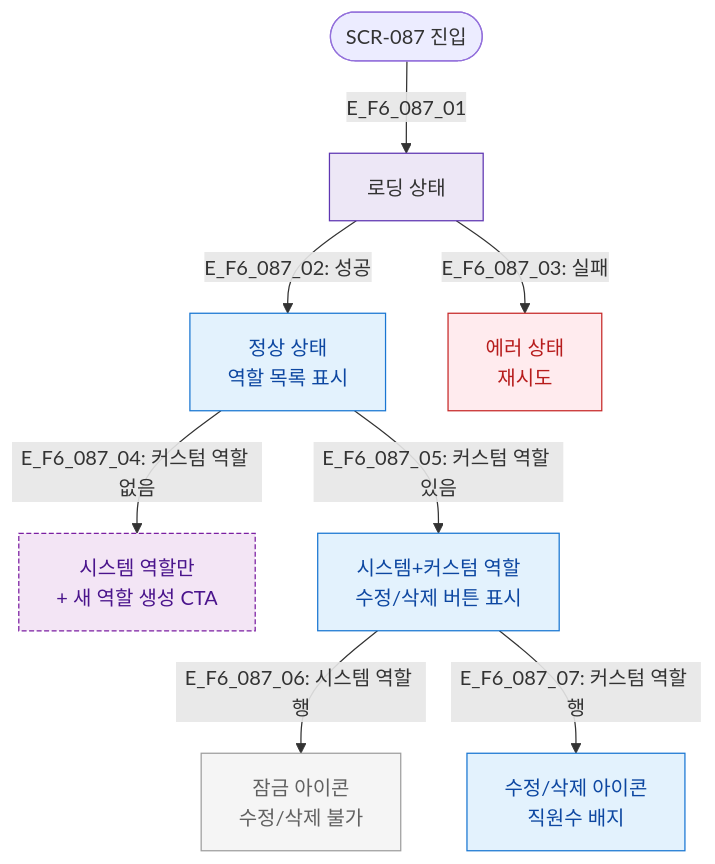
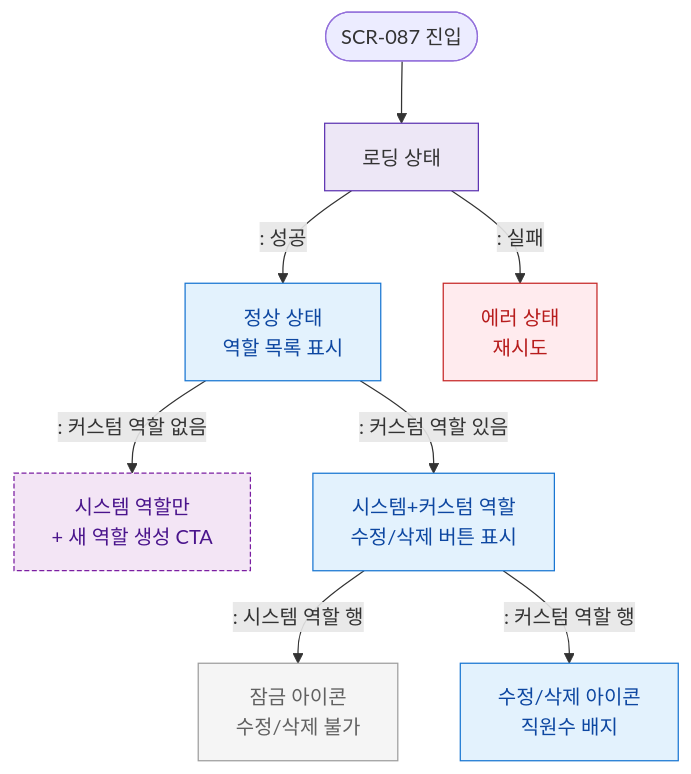
One commit to dev-spogym/admin-pando changed the diagram in docs/다이어그램/D09_설정관리/SCR-087_커스텀역할생성/F6_상태별화면.md. Above: the diagram before and after it, drawn with Mermaid. The commit also changed other lines of this file and 1660 other files, not shown here.

First line of the commit message:
다이어그램: 기획자/클라이언트 납품본으로 정리

````diff
--- a/docs/다이어그램/D09_설정관리/SCR-087_커스텀역할생성/F6_상태별화면.md
+++ b/docs/다이어그램/D09_설정관리/SCR-087_커스텀역할생성/F6_상태별화면.md
@@ -14,23 +12,23 @@
 ```mermaid
 flowchart TD
-    Entry([SCR-087 진입]) -->|E_F6_087_01| Loading[로딩 상태]
-    Loading -->|"E_F6_087_02: 성공"| Normal[정상 상태\n역할 목록 표시]
-    Loading -->|"E_F6_087_03: 실패"| ErrorState[에러 상태\n재시도]
+    Entry([SCR-087 진입]) --> Loading[로딩 상태]
+    Loading -->|": 성공"|Normal[정상 상태\n역할 목록 표시]
+    Loading -->|": 실패"|ErrorState[에러 상태\n재시도]
 
-    Normal -->|"E_F6_087_04: 커스텀 역할 없음"| OnlySystem[시스템 역할만\n+ 새 역할 생성 CTA]
-    Normal -->|"E_F6_087_05: 커스텀 역할 있음"| HasCustom[시스템+커스텀 역할\n수정/삭제 버튼 표시]
+    Normal -->|": 커스텀 역할 없음"|OnlySystem[시스템 역할만\n+ 새 역할 생성 CTA]
+    Normal -->|": 커스텀 역할 있음"|HasCustom[시스템+커스텀 역할\n수정/삭제 버튼 표시]
 
-    HasCustom -->|"E_F6_087_06: 시스템 역할 행"| SystemRow[잠금 아이콘\n수정/삭제 불가]
-    HasCustom -->|"E_F6_087_07: 커스텀 역할 행"| CustomRow[수정/삭제 아이콘\n직원수 배지]
+    HasCustom -->|": 시스템 역할 행"|SystemRow[잠금 아이콘\n수정/삭제 불가]
+    HasCustom -->|": 커스텀 역할 행"|CustomRow[수정/삭제 아이콘\n직원수 배지]
 
     classDef screen fill:#E3F2FD,stroke:#1976D2,color:#0D47A1
     classDef newFeature fill:#F3E5F5,stroke:#7B1FA2,color:#4A148C,stroke-dasharray:4 2
     classDef error fill:#FFEBEE,stroke:#C62828,color:#B71C1C
     classDef system fill:#EDE7F6,stroke:#5E35B2
     classDef rbacBlocked fill:#F5F5F5,stroke:#9E9E9E,color:#616161
     class Normal,HasCustom,CustomRow screen
     class OnlySystem newFeature
     class ErrorState error
     class Loading system
     class SystemRow rbacBlocked
 ```
````
